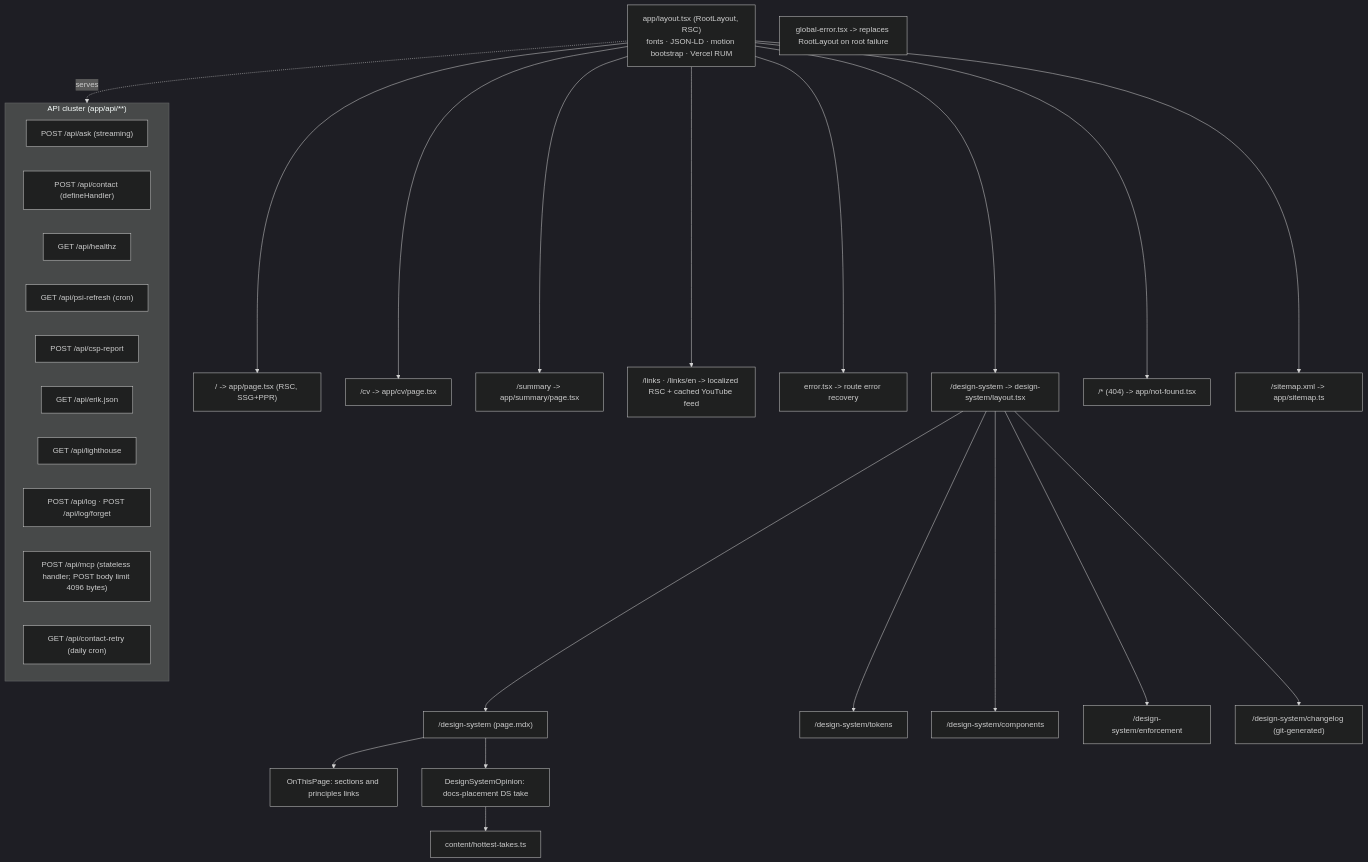
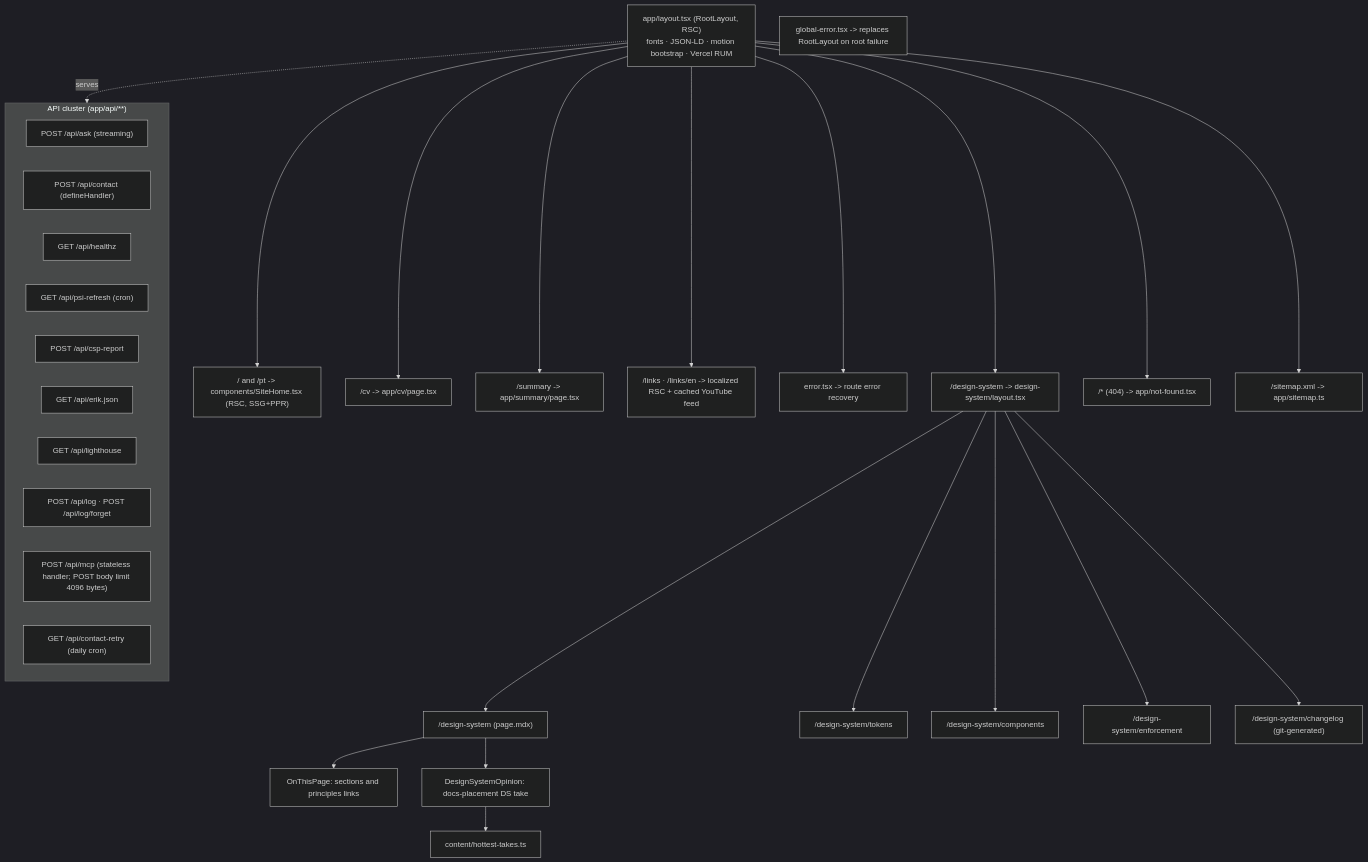
Before and after one commit to erikunha/portfolio: the first of 6 diagrams in docs/03-rendering-and-data-flow.md, drawn with Mermaid (dark theme). The commit also changed other lines of this file and 43 other files, not shown here.

````diff
--- a/docs/03-rendering-and-data-flow.md
+++ b/docs/03-rendering-and-data-flow.md
@@ -7,34 +7,34 @@
 ```mermaid
 flowchart TD
     layout["app/layout.tsx (RootLayout, RSC)<br/>fonts · JSON-LD · motion bootstrap · Vercel RUM"]
-    layout --> home["/ -> app/page.tsx (RSC, SSG+PPR)"]
+    layout --> home["/ and /pt -> components/SiteHome.tsx (RSC, SSG+PPR)"]
     layout --> cv["/cv -> app/cv/page.tsx"]
     layout --> summary["/summary -> app/summary/page.tsx"]
     layout --> links["/links · /links/en -> localized RSC + cached YouTube feed"]
     layout --> errors["error.tsx -> route error recovery"]
     globalError["global-error.tsx -> replaces RootLayout on root failure"]
     layout --> ds["/design-system -> design-system/layout.tsx"]
     layout --> nf["/* (404) -> app/not-found.tsx"]
     layout --> sm["/sitemap.xml -> app/sitemap.ts"]
     ds --> ds1["/design-system (page.mdx)"]
     ds1 --> toc["OnThisPage: sections and principles links"]
     ds1 --> opinion["DesignSystemOpinion: docs-placement DS take"]
     opinion --> takes["content/hottest-takes.ts"]
     ds --> ds2["/design-system/tokens"]
     ds --> ds3["/design-system/components"]
     ds --> ds4["/design-system/enforcement"]
     ds --> ds5["/design-system/changelog (git-generated)"]
     subgraph api["API cluster (app/api/**)"]
       api1["POST /api/ask (streaming)"]
       api2["POST /api/contact (defineHandler)"]
       api3["GET /api/healthz"]
       api4["GET /api/psi-refresh (cron)"]
       api5["POST /api/csp-report"]
       api6["GET /api/erik.json"]
       api7["GET /api/lighthouse"]
       api8["POST /api/log · POST /api/log/forget"]
       api9["POST /api/mcp (stateless handler; POST body limit 4096 bytes)"]
       api10["GET /api/contact-retry (daily cron)"]
     end
     layout -.serves.-> api
 ```
````
